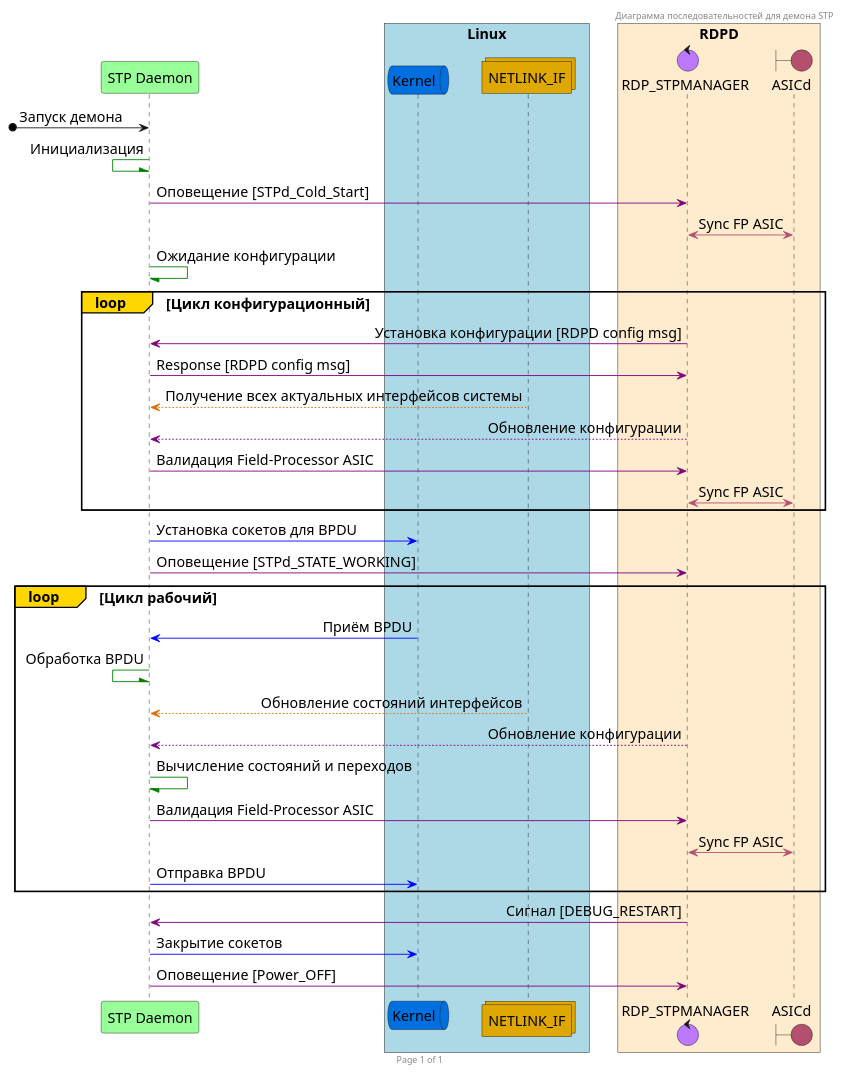
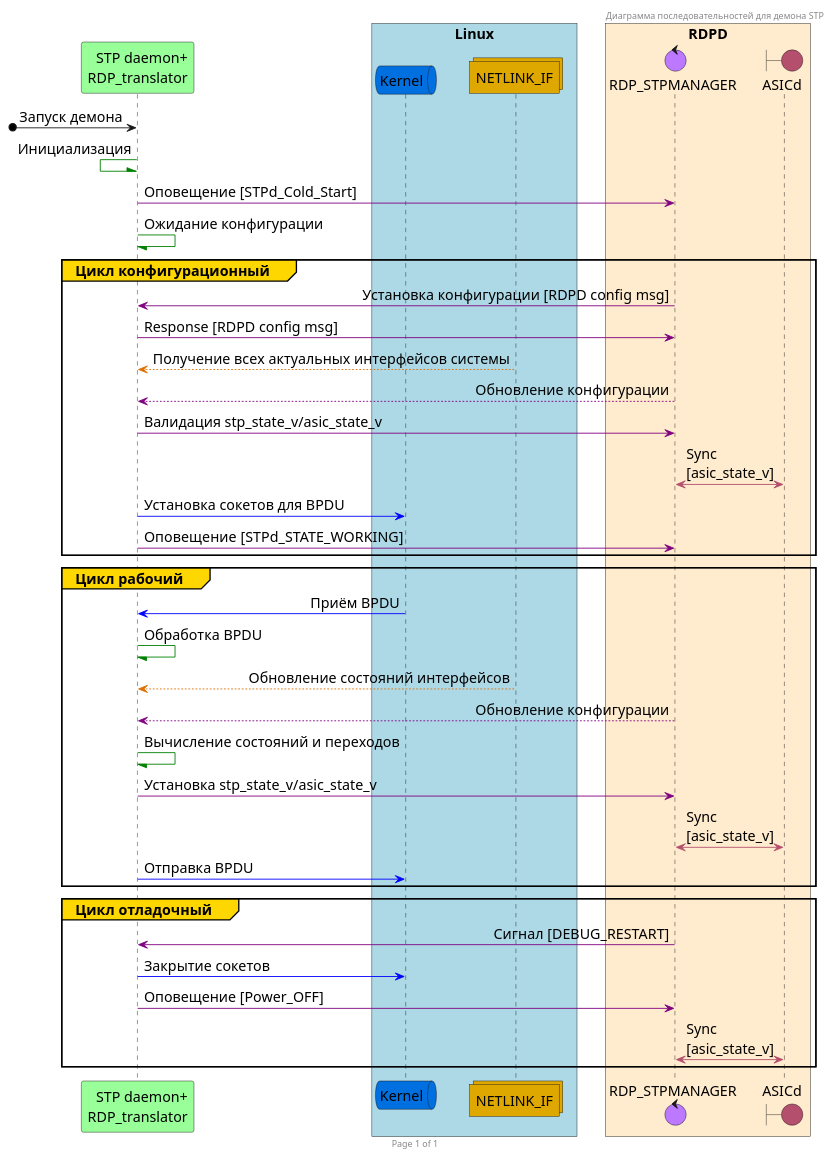
Before and after one commit to seregega/sonic-stp: the diagram in sequence_stpd.plantuml, drawn with PlantUML. The commit also changed 2 other files, not shown here.

```diff
--- a/sequence_stpd.plantuml
+++ b/sequence_stpd.plantuml
@@ -1,61 +1,62 @@
 @startuml
 
 header Диаграмма последовательностей для демона STP
 footer Page %page% of %lastpage%
 
 skinparam shadowing<<no_shadow>> false
 skinparam shadowing<<with_shadow>> true
 skinparam sequenceMessageAlign direction
 
 skinparam ParticipantPadding 12
 skinparam BoxPadding 15
 
 skinparam defaultFontSize 16
 skinparam defaultFontName Aapex
 
-participant "STP Daemon" as Daemon #99FF99
+participant "STP daemon+\rRDP_translator" as Daemon #99FF99
 box "Linux" #LightBlue
 queue "Kernel" as Kernel #006fdf
 collections "NETLINK_IF" as Netlink #dfa800
 end box
 box "RDPD" #BlanchedAlmond
 control "RDP_STPMANAGER" as RDPD #bc78ff
 boundary "ASICd" as ASIC #b4506e
 end box
 
-
 [o-> Daemon : Запуск демона
 
 Daemon /[#green]- Daemon : Инициализация
 Daemon -[#purple]> RDPD : Оповещение [STPd_Cold_Start]
-RDPD <-[#b4506e]> ASIC : Sync FP ASIC
+' RDPD <-[#b4506e]> ASIC : Sync \n[asic_state_v]
 Daemon -[#green]/ Daemon : Ожидание конфигурации
 
-loop#Gold Цикл конфигурационный
+group#Gold Цикл конфигурационный
     RDPD -[#purple]> Daemon : Установка конфигурации [RDPD config msg]
     Daemon -[#purple]> RDPD : Response [RDPD config msg]
     Netlink --[#df7000]> Daemon : Получение всех актуальных интерфейсов системы
     RDPD -[#purple]-> Daemon : Обновление конфигурации
-    Daemon -[#purple]> RDPD : Валидация Field-Processor ASIC
-    RDPD <-[#b4506e]> ASIC : Sync FP ASIC
+    Daemon -[#purple]> RDPD : Валидация stp_state_v/asic_state_v
+    RDPD <-[#b4506e]> ASIC : Sync \n[asic_state_v]
+    Daemon -[#0000FF]> Kernel : Установка сокетов для BPDU
+    Daemon -[#purple]> RDPD : Оповещение [STPd_STATE_WORKING]
 end
 
-Daemon -[#0000FF]> Kernel : Установка сокетов для BPDU
-Daemon -[#purple]> RDPD : Оповещение [STPd_STATE_WORKING]
-
-
-loop#Gold Цикл рабочий
+group#Gold Цикл рабочий
     Kernel -[#0000FF]> Daemon : Приём BPDU
-    Daemon /[#green]-  Daemon : Обработка BPDU
+    Daemon -[#green]/  Daemon : Обработка BPDU
     Netlink --[#df7000]> Daemon : Обновление состояний интерфейсов
     RDPD --[#purple]> Daemon : Обновление конфигурации
     Daemon -[#green]/ Daemon : Вычислениe состояний и переходов
-    Daemon -[#purple]> RDPD : Валидация Field-Processor ASIC
-    RDPD <-[#b4506e]> ASIC : Sync FP ASIC
+    Daemon -[#purple]> RDPD : Установка stp_state_v/asic_state_v
+    RDPD <-[#b4506e]> ASIC : Sync \n[asic_state_v]
     Daemon -[#0000FF]> Kernel : Отправка BPDU
 end
 
-RDPD -[#purple]> Daemon : Сигнал [DEBUG_RESTART]
-Daemon -[#0000FF]> Kernel : Закрытие сокетов
-Daemon -[#purple]> RDPD : Оповещение [Power_OFF]
+group#Gold Цикл отладочный
+    RDPD -[#purple]> Daemon : Сигнал [DEBUG_RESTART]
+    Daemon -[#0000FF]> Kernel : Закрытие сокетов
+    Daemon -[#purple]> RDPD : Оповещение [Power_OFF]
+    RDPD <-[#b4506e]> ASIC : Sync \n[asic_state_v]
+end
+
 @enduml
```
